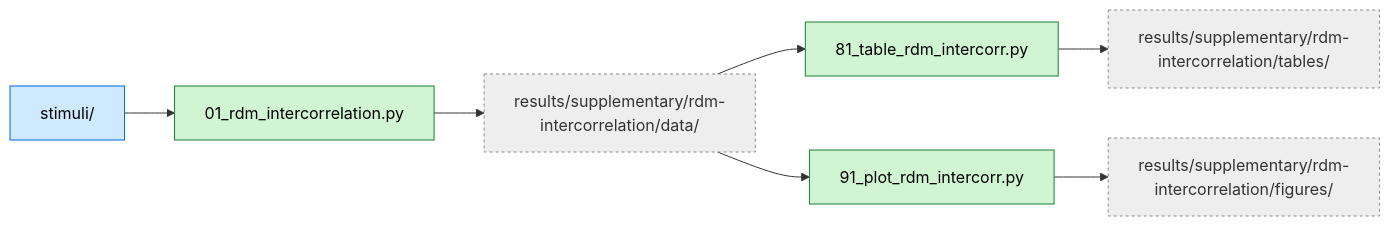
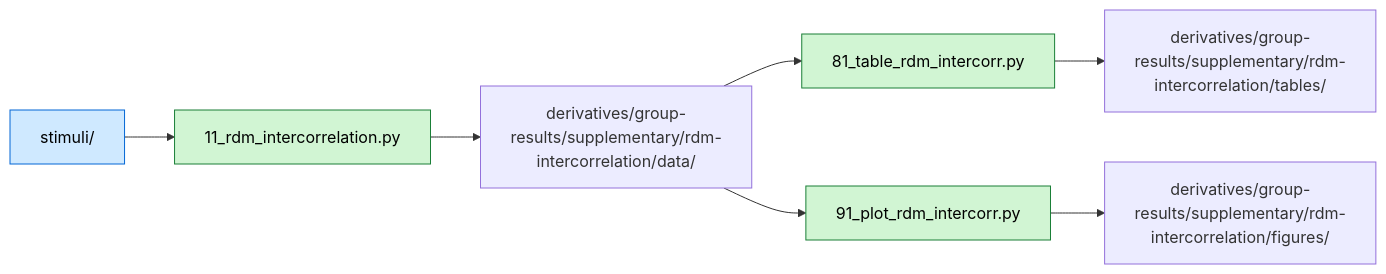
The diagram in chess-supplementary/rdm-intercorrelation/README.md (costantinoai/chess-expertise-2025), drawn with Mermaid before and after one commit. The commit also changed other lines of this file and 59 other files, not shown here.

````diff
--- a/chess-supplementary/rdm-intercorrelation/README.md
+++ b/chess-supplementary/rdm-intercorrelation/README.md
@@ -14,18 +14,17 @@
 ```mermaid
 flowchart LR
-  classDef in fill:#cfe9ff,stroke:#0366d6,color:#000
-  classDef sc fill:#d1f5d3,stroke:#1a7f37,color:#000
-  classDef rl fill:#eee,stroke:#888,stroke-dasharray:3 3,color:#333
+ classDef in fill:#cfe9ff,stroke:#0366d6,color:#000
+ classDef sc fill:#d1f5d3,stroke:#1a7f37,color:#000
 
-  ST[stimuli/]:::in
-  R01["01_rdm_intercorrelation.py"]:::sc
-  R81["81_table_rdm_intercorr.py"]:::sc
-  R91["91_plot_rdm_intercorr.py"]:::sc
-  DATA["results/supplementary/rdm-intercorrelation/data/"]:::rl
-  TABLES["results/supplementary/rdm-intercorrelation/tables/"]:::rl
-  FIGURES["results/supplementary/rdm-intercorrelation/figures/"]:::rl
+ ST[stimuli/]:::in
+ R11["11_rdm_intercorrelation.py"]:::sc
+ R81["81_table_rdm_intercorr.py"]:::sc
+ R91["91_plot_rdm_intercorr.py"]:::sc
+ DATA["derivatives/group-results/supplementary/rdm-intercorrelation/data/"]:::out
+ TABLES["derivatives/group-results/supplementary/rdm-intercorrelation/tables/"]:::out
+ FIGURES["derivatives/group-results/supplementary/rdm-intercorrelation/figures/"]:::out
 
-  ST --> R01 --> DATA
-  DATA --> R81 --> TABLES
-  DATA --> R91 --> FIGURES
+ ST --> R11 --> DATA
+ DATA --> R81 --> TABLES
+ DATA --> R91 --> FIGURES
 ```
````
